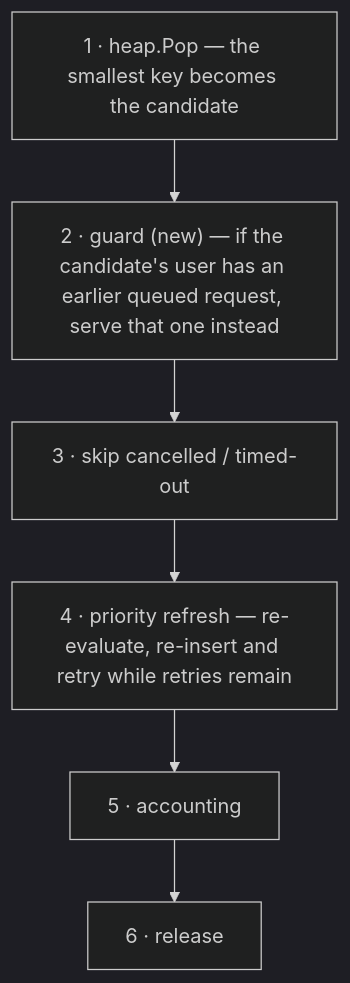
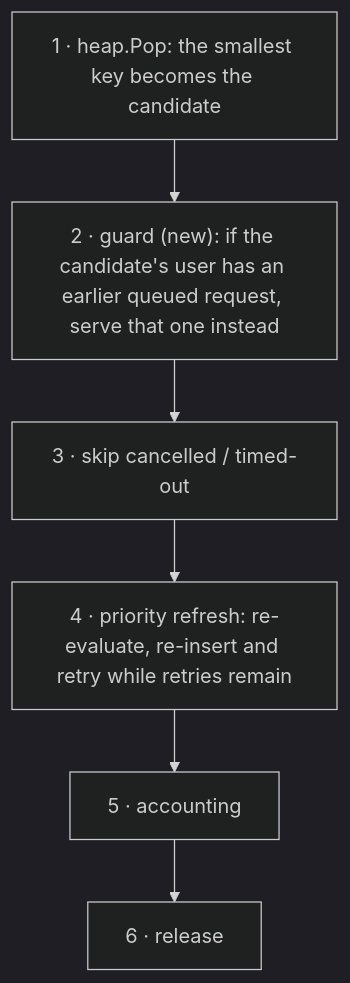
Before and after one commit to bolubo/kthena: the third of 4 diagrams in docs/proposal/fairness-same-user-fifo.md, drawn with Mermaid (dark theme). The commit also changed other lines of this file, not shown here.

````diff
--- a/docs/proposal/fairness-same-user-fifo.md
+++ b/docs/proposal/fairness-same-user-fifo.md
@@ -186,8 +184,8 @@
 ```mermaid
 flowchart TB
-    S1["1 · heap.Pop — the smallest key becomes the candidate"] --> S2["2 · guard (new) — if the candidate's user has an earlier queued request, serve that one instead"]
+    S1["1 · heap.Pop: the smallest key becomes the candidate"] --> S2["2 · guard (new): if the candidate's user has an earlier queued request, serve that one instead"]
     S2 --> S3["3 · skip cancelled / timed-out"]
-    S3 --> S4["4 · priority refresh — re-evaluate, re-insert and retry while retries remain"]
+    S3 --> S4["4 · priority refresh: re-evaluate, re-insert and retry while retries remain"]
     S4 --> S5["5 · accounting"]
     S5 --> S6["6 · release"]
 ```
````
